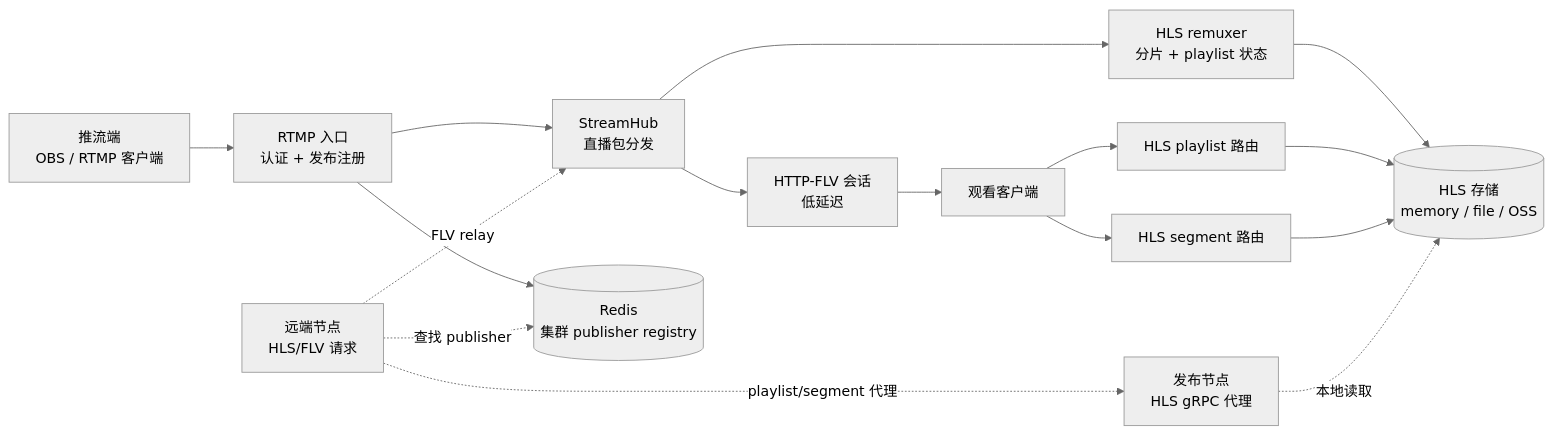
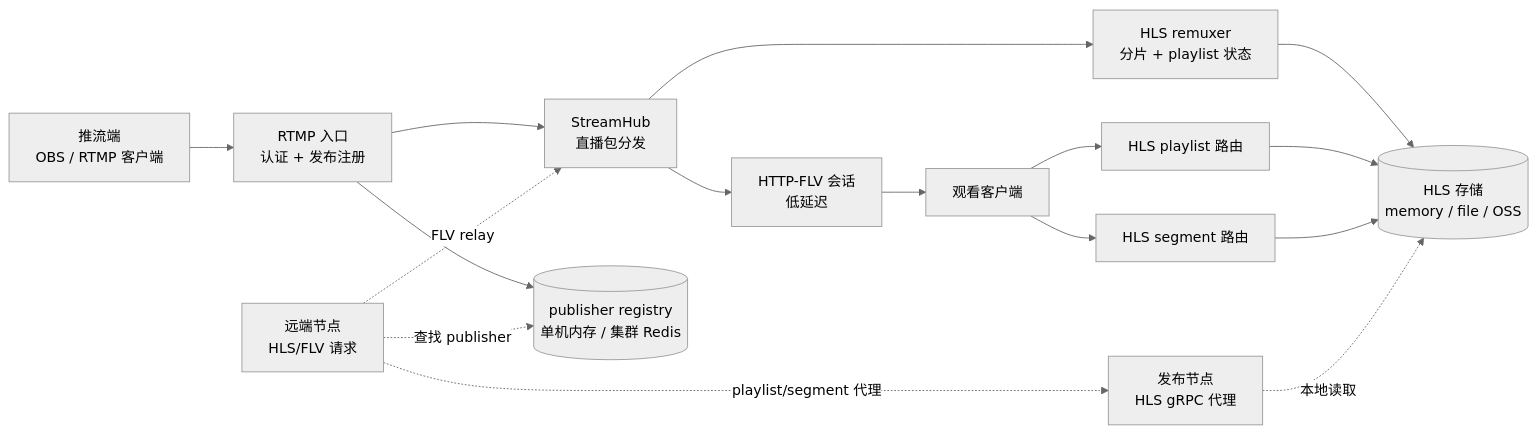
The diagram in docs/src/diagrams/livestream-pipeline-zh.mmd (synctv-org/synctv), drawn with Mermaid (neutral theme) before and after one commit. The commit also changed 122 other files, not shown here.

```diff
--- a/docs/src/diagrams/livestream-pipeline-zh.mmd
+++ b/docs/src/diagrams/livestream-pipeline-zh.mmd
@@ -1,24 +1,24 @@
 flowchart LR
   Publisher[推流端<br/>OBS / RTMP 客户端]
   RTMP[RTMP 入口<br/>认证 + 发布注册]
   Hub[StreamHub<br/>直播包分发]
   FLV[HTTP-FLV 会话<br/>低延迟]
   Remux[HLS remuxer<br/>分片 + playlist 状态]
   Storage[(HLS 存储<br/>memory / file / OSS)]
   Playlist[HLS playlist 路由]
   Segment[HLS segment 路由]
   Viewer[观看客户端]
-  Redis[(Redis<br/>集群 publisher registry)]
+  Registry[(publisher registry<br/>单机内存 / 集群 Redis)]
   Remote[远端节点<br/>HLS/FLV 请求]
   HLSProxy[发布节点<br/>HLS gRPC 代理]
 
   Publisher --> RTMP --> Hub
-  RTMP --> Redis
+  RTMP --> Registry
   Hub --> FLV --> Viewer
   Hub --> Remux --> Storage
   Viewer --> Playlist --> Storage
   Viewer --> Segment --> Storage
-  Remote -. 查找 publisher .-> Redis
+  Remote -. 查找 publisher .-> Registry
   Remote -. FLV relay .-> Hub
   Remote -. playlist/segment 代理 .-> HLSProxy
   HLSProxy -. 本地读取 .-> Storage
```
